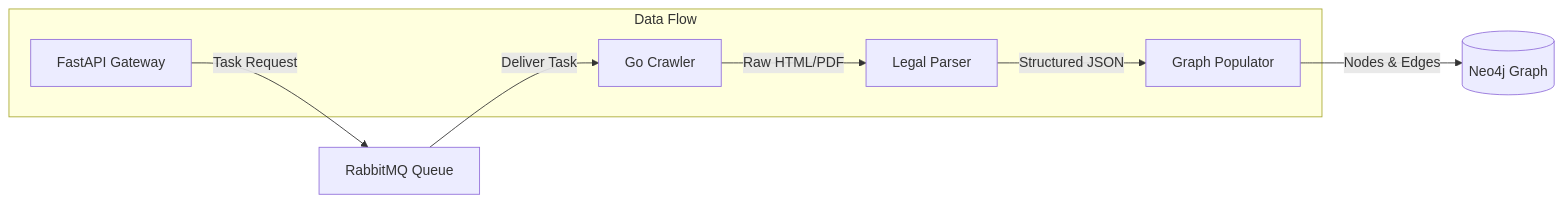
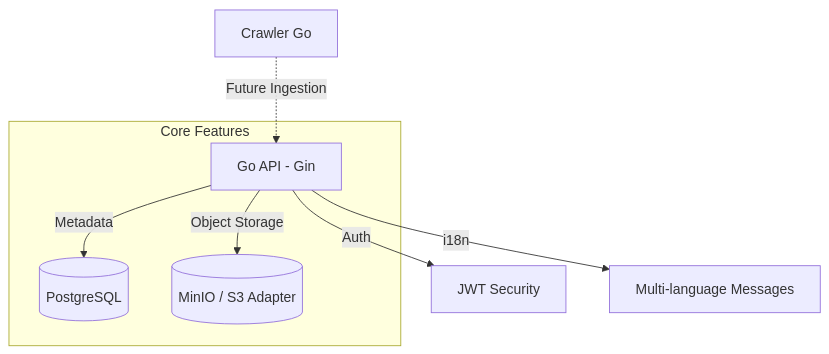
One commit to EduardoMG12/ThingIndex changed the first of 2 diagrams in README.md. Above: the diagram before and after it, drawn with Mermaid. The commit also changed other lines of this file, not shown here.

Commit message:
feat: Update README to reflect a new Go/Gin API architecture with decoupled object storage, JWT authentication, i18n, and document management, replacing the previous FastAPI/RabbitMQ-based system.

````diff
--- a/README.md
+++ b/README.md
@@ -23,15 +23,15 @@
 ```mermaid
-graph LR
-    API[FastAPI Gateway] -->|Task Request| Rabbit[RabbitMQ Queue]
-    Rabbit -->|Deliver Task| C[Go Crawler]
-    C -->|Raw HTML/PDF| LP[Legal Parser]
-    LP -->|Structured JSON| GP[Graph Populator]
-    GP -->|Nodes & Edges| DB[(Neo4j Graph)]
+graph TD
+    API[Go API - Gin] -->|Metadata| DB[(PostgreSQL)]
+    API -->|Object Storage| MINIO[(MinIO / S3 Adapter)]
+    API -->|Auth| JWT[JWT Security]
+    API -->|i18n| I18N[Multi-language Messages]
     
-    subgraph Data Flow
+    subgraph Core Features
     API
-    C
-    LP
-    GP
+    DB
+    MINIO
     end
+    
+    C[Crawler Go] -.->|Future Ingestion| API
 ```
````
